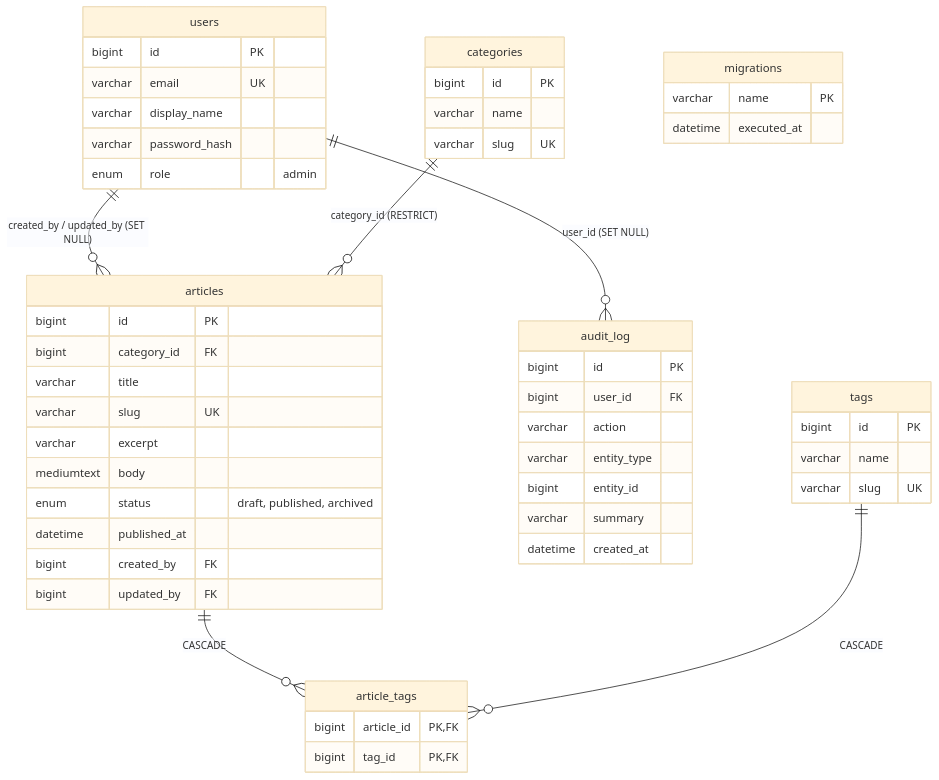
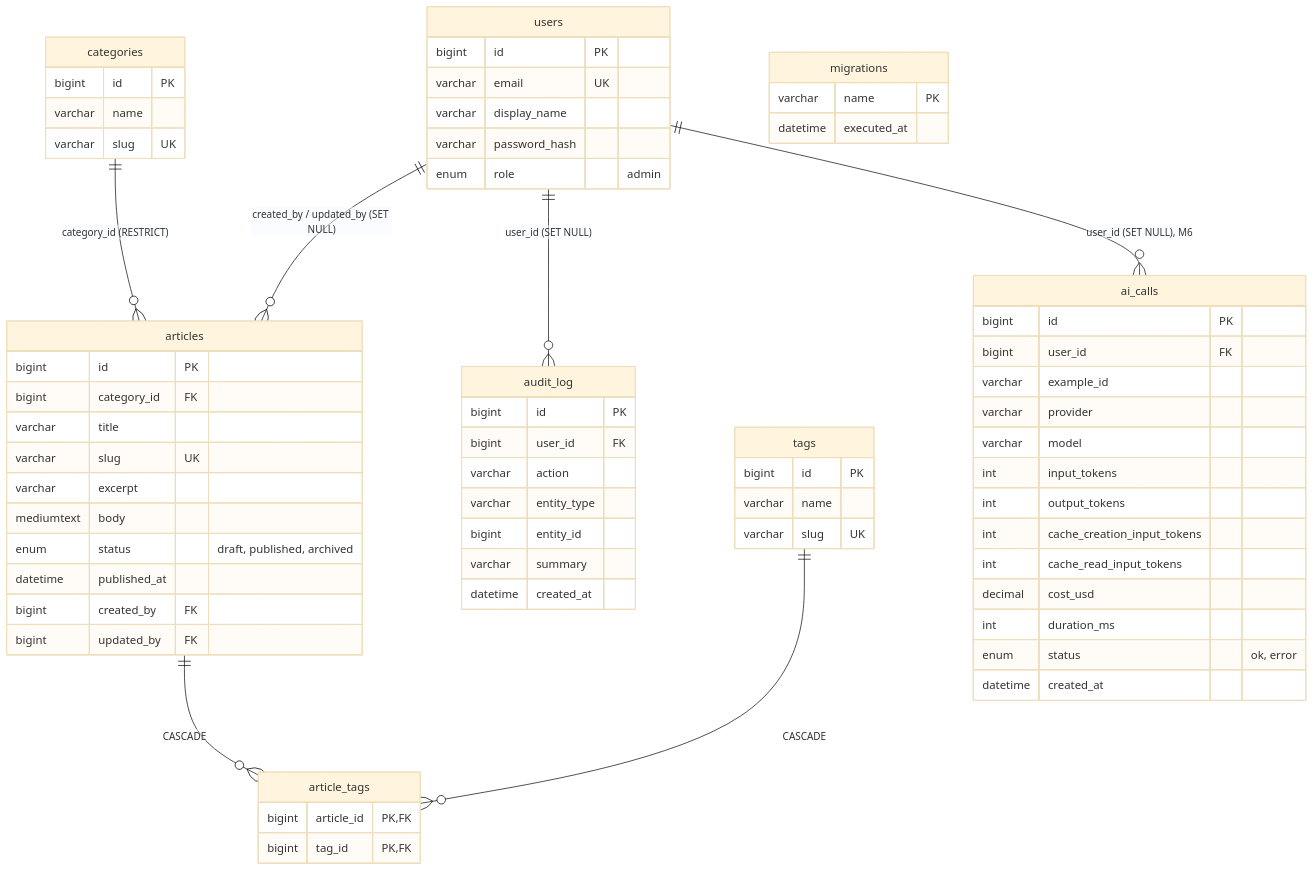
Before and after one commit to rehorxsamsa/t360-php-agent-rs: the fifth of 5 diagrams in docs/architektura.md, drawn with Mermaid (base theme). The commit also changed other lines of this file and 8 other files, not shown here.

````diff
--- a/docs/architektura.md
+++ b/docs/architektura.md
@@ -181,54 +197,70 @@
 ```mermaid
 erDiagram
     users ||--o{ articles : "created_by / updated_by (SET NULL)"
     users ||--o{ audit_log : "user_id (SET NULL)"
     categories ||--o{ articles : "category_id (RESTRICT)"
     articles ||--o{ article_tags : "CASCADE"
     tags ||--o{ article_tags : "CASCADE"
     users {
         bigint id PK
         varchar email UK
         varchar display_name
         varchar password_hash
         enum role "admin"
     }
     categories {
         bigint id PK
         varchar name
         varchar slug UK
     }
     tags {
         bigint id PK
         varchar name
         varchar slug UK
     }
     articles {
         bigint id PK
         bigint category_id FK
         varchar title
         varchar slug UK
         varchar excerpt
         mediumtext body
         enum status "draft, published, archived"
         datetime published_at
         bigint created_by FK
         bigint updated_by FK
     }
     article_tags {
         bigint article_id PK, FK
         bigint tag_id PK, FK
     }
     audit_log {
         bigint id PK
         bigint user_id FK
         varchar action
         varchar entity_type
         bigint entity_id
         varchar summary
         datetime created_at
     }
     migrations {
         varchar name PK
         datetime executed_at
     }
+    users ||--o{ ai_calls : "user_id (SET NULL), M6"
+    ai_calls {
+        bigint id PK
+        bigint user_id FK
+        varchar example_id
+        varchar provider
+        varchar model
+        int input_tokens
+        int output_tokens
+        int cache_creation_input_tokens
+        int cache_read_input_tokens
+        decimal cost_usd
+        int duration_ms
+        enum status "ok, error"
+        datetime created_at
+    }
 ```
````
